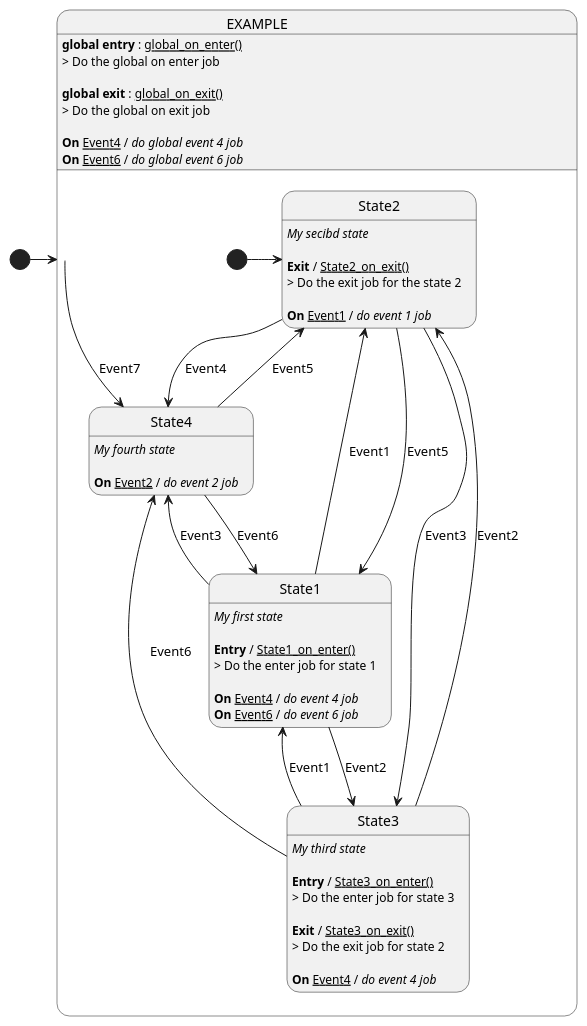
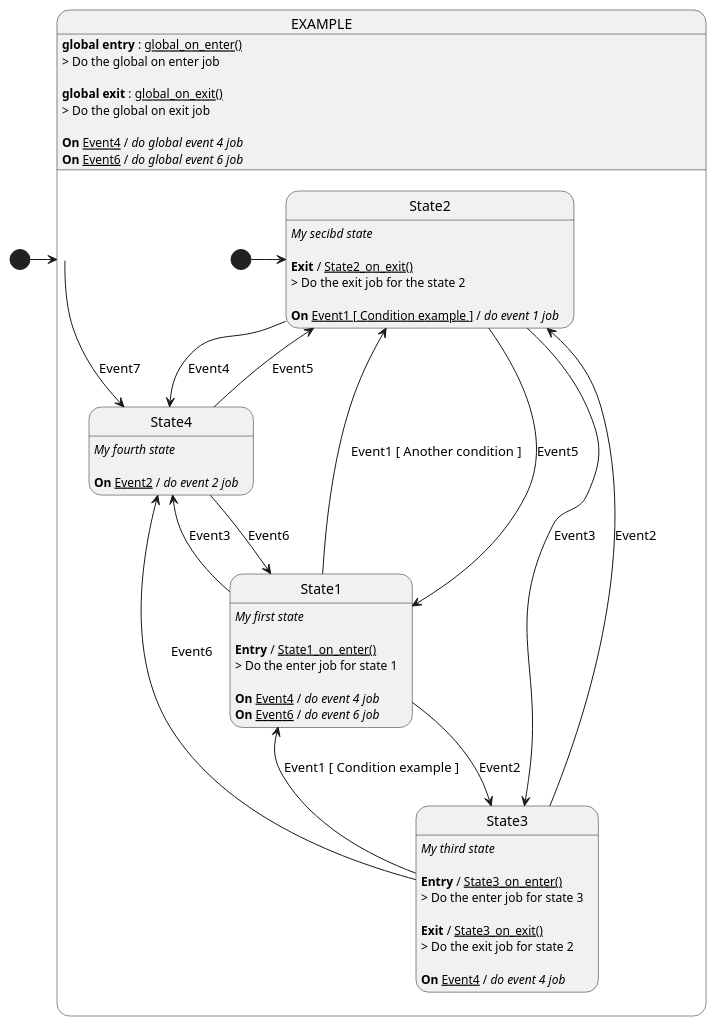
One commit to technosvitman/sm_gene changed the diagram in output/machine_example.plantuml. Above: the diagram before and after it, drawn with PlantUML. The commit also changed 3 other files, not shown here.

```diff
--- a/output/machine_example.plantuml
+++ b/output/machine_example.plantuml
@@ -2,72 +2,72 @@
 @startuml
 
 [*] -> EXAMPLE
 state EXAMPLE{
 EXAMPLE : **global entry** : __global_on_enter()__
 EXAMPLE : > Do the global on enter job\n
 EXAMPLE : **global exit** : __global_on_exit()__
 EXAMPLE : > Do the global on exit job\n
 EXAMPLE --> State4 : Event7
 
 EXAMPLE : **On** __Event4__ / //do global event 4 job//
 
 EXAMPLE : **On** __Event6__ / //do global event 6 job//
 
 
 
 [*] -> State2
 
 State1 : //My first state//\n
 State1 : **Entry** / __State1_on_enter()__
 State1 : > Do the enter job for state 1\n
-State1 --> State2 : Event1
+State1 --> State2 : Event1 [ Another condition ]
 
 State1 --> State3 : Event2
 
 State1 --> State4 : Event3
 
 State1 : **On** __Event4__ / //do event 4 job//
 
 State1 : **On** __Event6__ / //do event 6 job//
 
 
 
 State2 : //My secibd state//\n
 State2 : **Exit** / __State2_on_exit()__
 State2 : > Do the exit job for the state 2\n
 State2 --> State3 : Event3
 
 State2 --> State4 : Event4
 
 State2 --> State1 : Event5
 
-State2 : **On** __Event1__ / //do event 1 job//
+State2 : **On** __Event1 [ Condition example ]__ / //do event 1 job//
 
 
 
 State3 : //My third state//\n
 State3 : **Entry** / __State3_on_enter()__
 State3 : > Do the enter job for state 3\n
 State3 : **Exit** / __State3_on_exit()__
 State3 : > Do the exit job for state 2\n
 State3 --> State4 : Event6
 
 State3 --> State2 : Event2
 
-State3 --> State1 : Event1
+State3 --> State1 : Event1 [ Condition example ]
 
 State3 : **On** __Event4__ / //do event 4 job//
 
 
 
 State4 : //My fourth state//\n
 State4 --> State1 : Event6
 
 State4 --> State2 : Event5
 
 State4 : **On** __Event2__ / //do event 2 job//
 
 
 }
 
 @enduml
```
